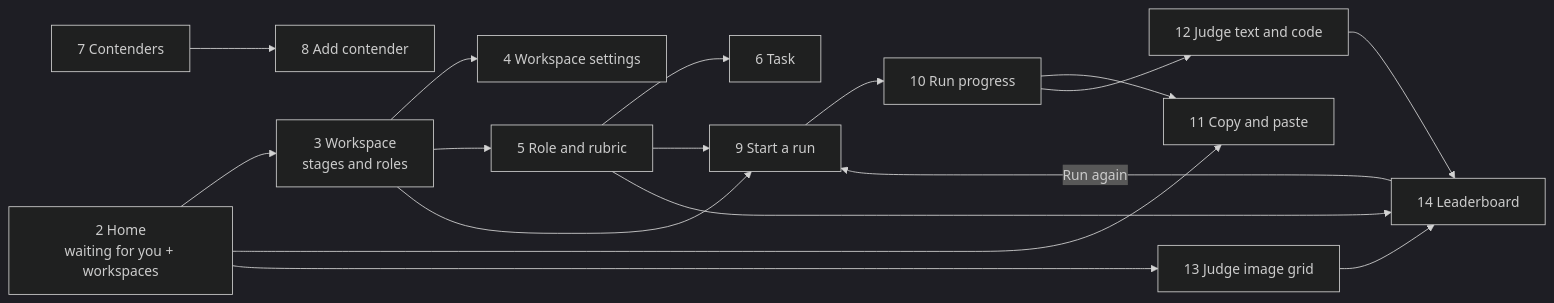
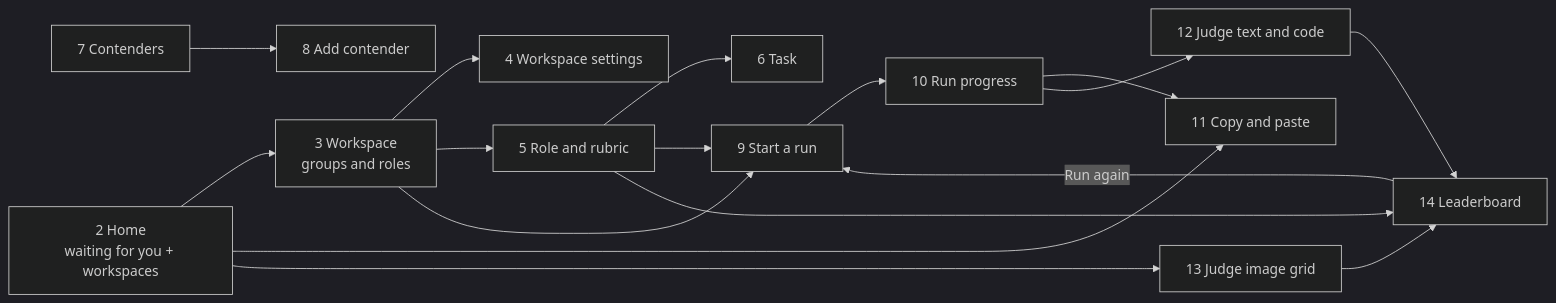
Before and after one commit to go4cas/audition: the diagram in docs/design/README.md, drawn with Mermaid (dark theme). The commit also changed other lines of this file and 41 other files, not shown here.

First line of the commit message:
Rename Stages to Groups: schema, migration, code, tests, docs and screenshots

````diff
--- a/docs/design/README.md
+++ b/docs/design/README.md
@@ -110,19 +110,19 @@
 ```mermaid
 flowchart LR
-  Home["2 Home<br/>waiting for you + workspaces"] --> WS["3 Workspace<br/>stages and roles"]
+  Home["2 Home<br/>waiting for you + workspaces"] --> WS["3 Workspace<br/>groups and roles"]
   WS --> WSS["4 Workspace settings"]
   WS --> Role["5 Role and rubric"]
   Role --> Task["6 Task"]
   WS --> NR["9 Start a run"]
   Role --> NR
   NR --> Run["10 Run progress"]
   Run --> HO["11 Copy and paste"]
   Home --> HO
   Run --> J["12 Judge text and code"]
   Home --> JI["13 Judge image grid"]
   J --> LB["14 Leaderboard"]
   JI --> LB
   Role --> LB
   LB -->|Run again| NR
   C["7 Contenders"] --> CN["8 Add contender"]
 ```
````
